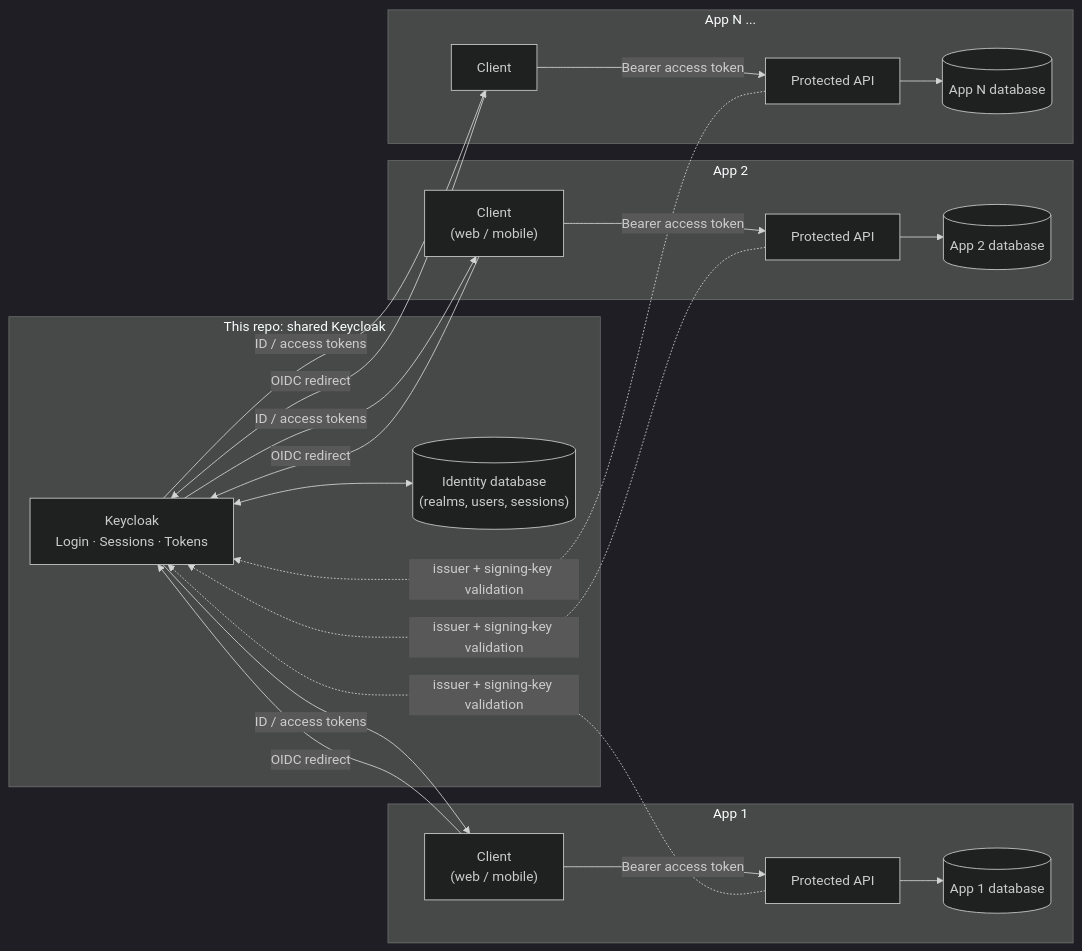
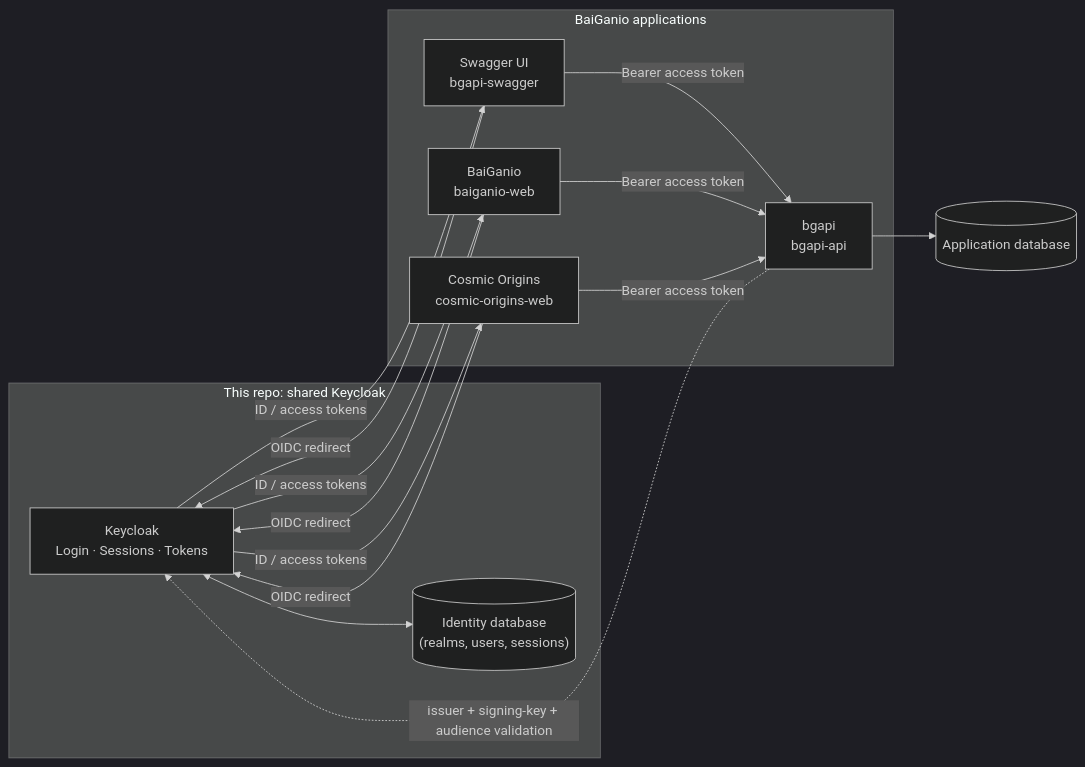
The diagram in ARCHITECTURE.md (BaiGanio/keycloak), drawn with Mermaid (dark theme) before and after one commit. The commit also changed other lines of this file and 16 other files, not shown here.

````diff
--- a/ARCHITECTURE.md
+++ b/ARCHITECTURE.md
@@ -13,43 +13,30 @@
 ```mermaid
 flowchart LR
     subgraph kc["This repo: shared Keycloak"]
         keycloak["Keycloak<br/>Login · Sessions · Tokens"]
         kcdb[("Identity database<br/>(realms, users, sessions)")]
         keycloak <--> kcdb
     end
 
-    subgraph app1["App 1"]
-        client1["Client<br/>(web / mobile)"]
-        api1["Protected API"]
-        db1[("App 1 database")]
-        client1 -- "Bearer access token" --> api1
-        api1 --> db1
+    subgraph apps["BaiGanio applications"]
+        swagger["Swagger UI<br/>bgapi-swagger"]
+        baiganio["BaiGanio<br/>baiganio-web"]
+        cosmic["Cosmic Origins<br/>cosmic-origins-web"]
+        swagger -- "Bearer access token" --> api
+        baiganio -- "Bearer access token" --> api
+        cosmic -- "Bearer access token" --> api
     end
 
-    subgraph app2["App 2"]
-        client2["Client<br/>(web / mobile)"]
-        api2["Protected API"]
-        db2[("App 2 database")]
-        client2 -- "Bearer access token" --> api2
-        api2 --> db2
-    end
+    api["bgapi<br/>bgapi-api"]
+    db[("Application database")]
+    api --> db
 
-    subgraph appN["App N ..."]
-        clientN["Client"]
-        apiN["Protected API"]
-        dbN[("App N database")]
-        clientN -- "Bearer access token" --> apiN
-        apiN --> dbN
-    end
+    swagger -- "OIDC redirect" --> keycloak
+    baiganio -- "OIDC redirect" --> keycloak
+    cosmic -- "OIDC redirect" --> keycloak
+    keycloak -- "ID / access tokens" --> swagger
+    keycloak -- "ID / access tokens" --> baiganio
+    keycloak -- "ID / access tokens" --> cosmic
 
-    client1 -- "OIDC redirect" --> keycloak
-    keycloak -- "ID / access tokens" --> client1
-    client2 -- "OIDC redirect" --> keycloak
-    keycloak -- "ID / access tokens" --> client2
-    clientN -- "OIDC redirect" --> keycloak
-    keycloak -- "ID / access tokens" --> clientN
-
-    api1 -. "issuer + signing-key validation" .-> keycloak
-    api2 -. "issuer + signing-key validation" .-> keycloak
-    apiN -. "issuer + signing-key validation" .-> keycloak
+    api -. "issuer + signing-key + audience validation" .-> keycloak
 ```
````
